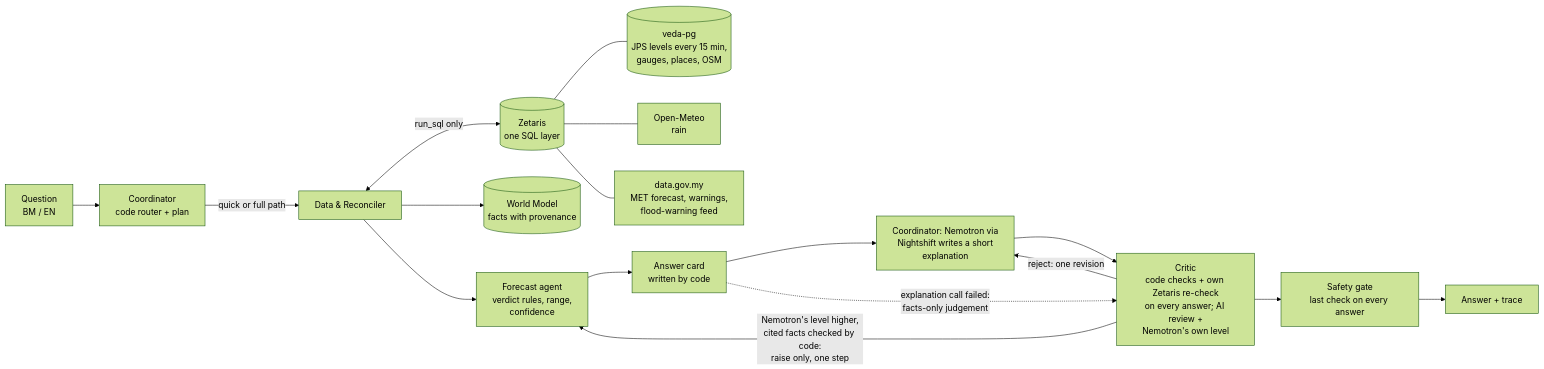
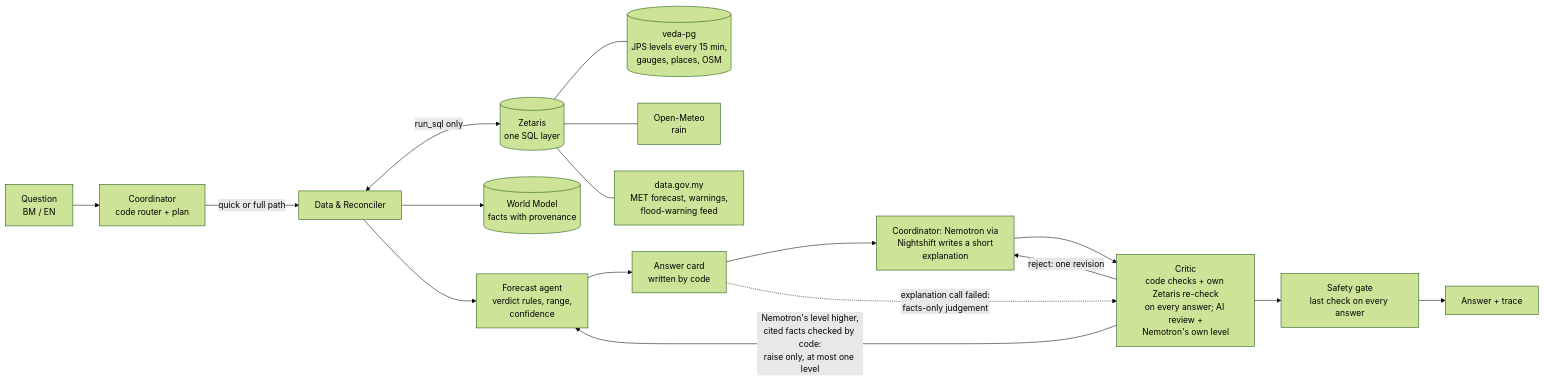
The diagram in README.md (vedacool/veda-flood-kelantan), drawn with Mermaid (forest theme) before and after one commit. The commit also changed other lines of this file and 1 other file, not shown here.

Commit message:
docs: B-42 sync from the private build repository: 7942b80 (submission.md final: description, Nemotron's three jobs, safe floor) + 782f449 (README sponsor section matches it)

````diff
--- a/README.md
+++ b/README.md
@@ -187,19 +187,19 @@
 ```mermaid
 flowchart LR
     Q[Question<br/>BM / EN] --> C[Coordinator<br/>code router + plan]
     C -->|quick or full path| D[Data &amp; Reconciler]
     D <-->|run_sql only| Z[(Zetaris<br/>one SQL layer)]
     Z --- PG[(veda-pg<br/>JPS levels every 15 min,<br/>gauges, places, OSM)]
     Z --- OM[Open-Meteo<br/>rain]
     Z --- MY[data.gov.my<br/>MET forecast, warnings,<br/>flood-warning feed]
     D --> W[(World Model<br/>facts with provenance)]
     D --> F[Forecast agent<br/>verdict rules, range,<br/>confidence]
     F --> K[Answer card<br/>written by code]
     K --> N[Coordinator: Nemotron via<br/>Nightshift writes a short<br/>explanation]
     N --> CR[Critic<br/>code checks + own Zetaris re-check<br/>on every answer; AI review +<br/>Nemotron's own level]
     K -.->|explanation call failed:<br/>facts-only judgement| CR
     CR -->|reject: one revision| N
-    CR -->|Nemotron's level higher,<br/>cited facts checked by code:<br/>raise only, one step| F
+    CR -->|Nemotron's level higher,<br/>cited facts checked by code:<br/>raise only, at most one level| F
     CR --> S[Safety gate<br/>last check on every answer]
     S --> A[Answer + trace]
 ```
````
